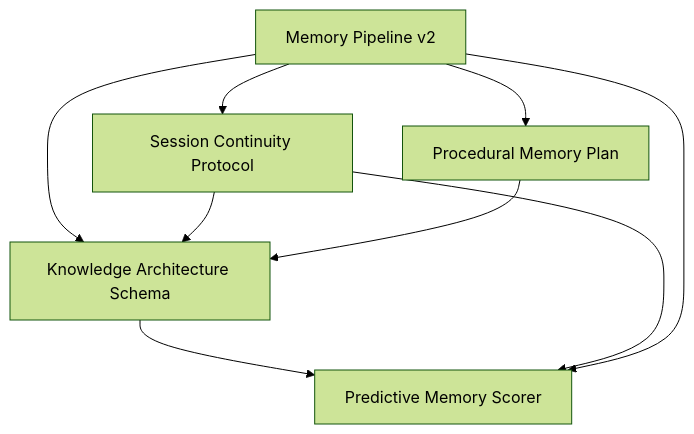
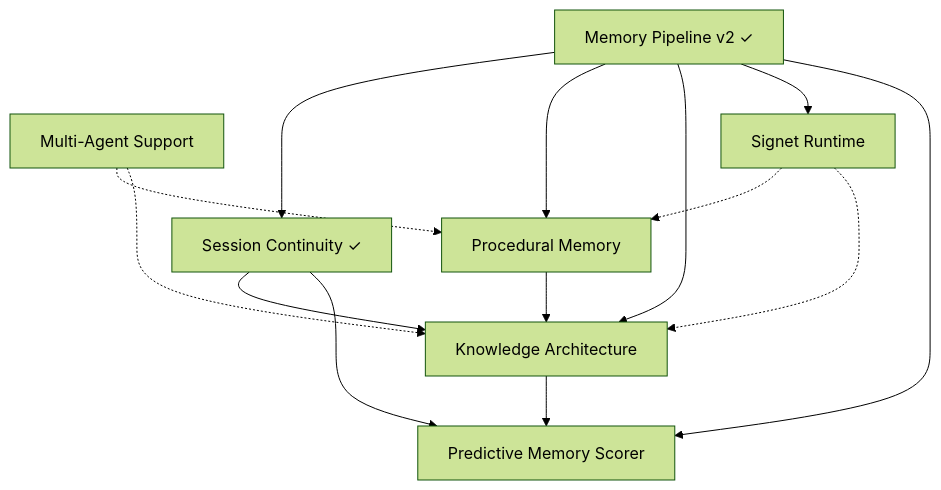
Before and after one commit to alcar2364/signetai: the diagram in docs/specs/INDEX.md, drawn with Mermaid (forest theme). The commit also changed other lines of this file and 7 other files, not shown here.

````diff
--- a/docs/specs/INDEX.md
+++ b/docs/specs/INDEX.md
@@ -17,17 +22,24 @@
 ```mermaid
 flowchart TD
-  MP[Memory Pipeline v2]
-  SCP[Session Continuity Protocol]
-  PM[Procedural Memory Plan]
-  KA[Knowledge Architecture Schema]
+  MP[Memory Pipeline v2 ✓]
+  SCP[Session Continuity ✓]
+  PM[Procedural Memory]
+  MA[Multi-Agent Support]
+  KA[Knowledge Architecture]
   PMS[Predictive Memory Scorer]
+  SR[Signet Runtime]
 
   MP --> SCP
   MP --> PM
   MP --> KA
+  MP --> SR
   SCP --> KA
   PM --> KA
   KA --> PMS
   SCP --> PMS
   MP --> PMS
+  MA -.-> PM
+  MA -.-> KA
+  SR -.-> PM
+  SR -.-> KA
 ```
````
